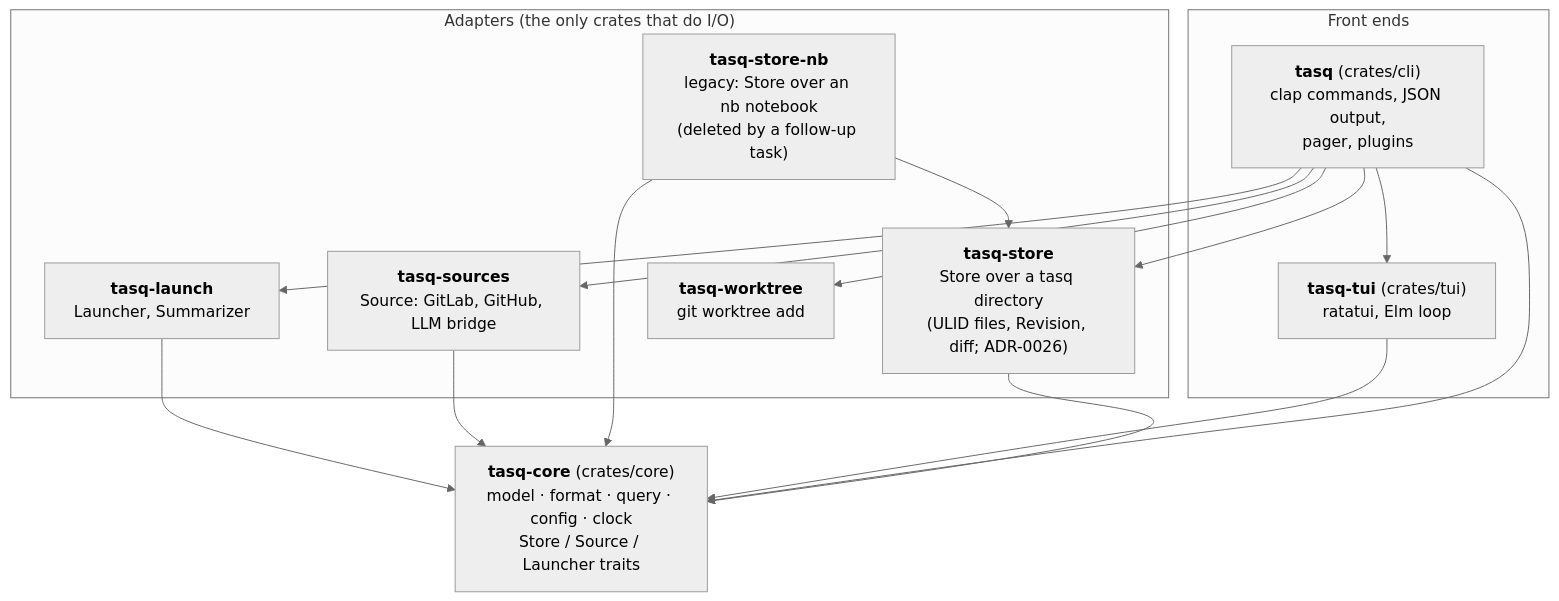
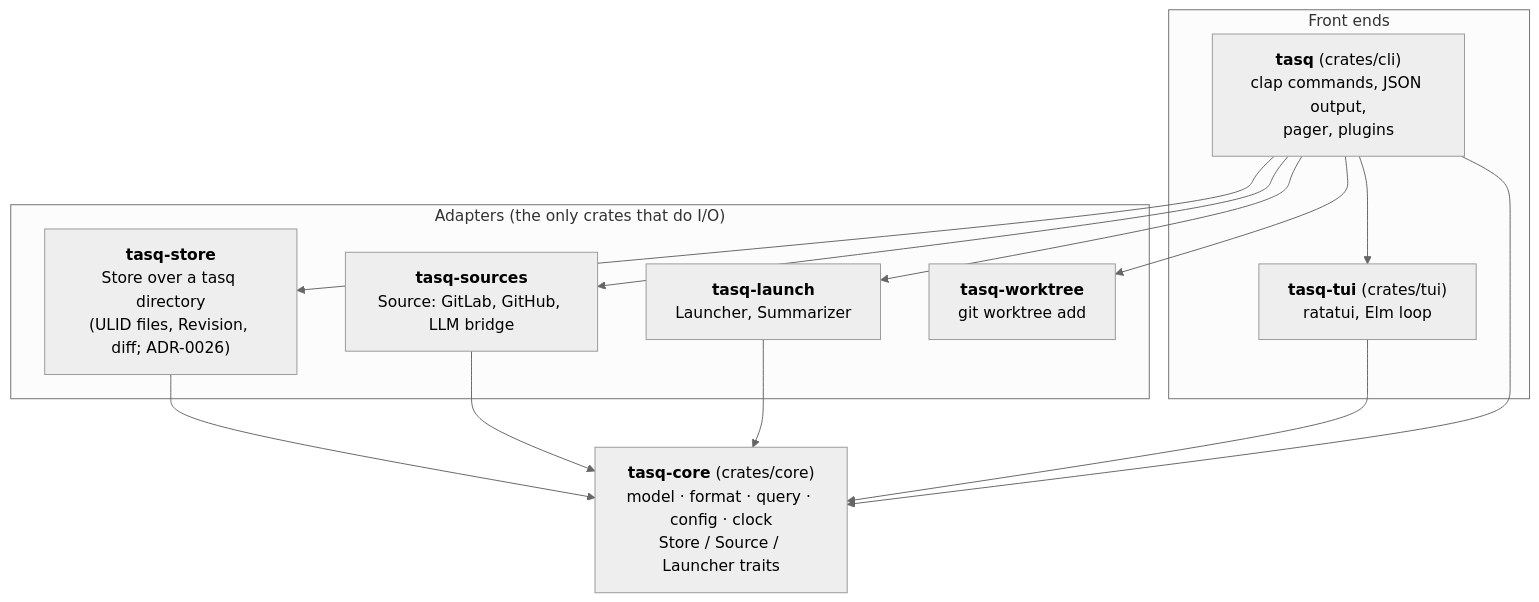
One commit to pauc/tasq changed the first of 7 diagrams in docs/architecture.md. Above: the diagram before and after it, drawn with Mermaid (neutral theme). The commit also changed other lines of this file and 11 other files, not shown here.

First line of the commit message:
docs: describe one task file format and one store (RN-006)

````diff
--- a/docs/architecture.md
+++ b/docs/architecture.md
@@ -11,30 +11,27 @@
 ```mermaid
 flowchart TB
     subgraph front["Front ends"]
         cli["<b>tasq</b> (crates/cli)<br/>clap commands, JSON output,<br/>pager, plugins"]
         tui["<b>tasq-tui</b> (crates/tui)<br/>ratatui, Elm loop"]
     end
 
     subgraph adapters["Adapters (the only crates that do I/O)"]
         tstore["<b>tasq-store</b><br/>Store over a tasq directory<br/>(ULID files, Revision, diff; ADR-0026)"]
-        store["<b>tasq-store-nb</b><br/>legacy: Store over an nb notebook<br/>(deleted by a follow-up task)"]
         sources["<b>tasq-sources</b><br/>Source: GitLab, GitHub, LLM bridge"]
         launch["<b>tasq-launch</b><br/>Launcher, Summarizer"]
         worktree["<b>tasq-worktree</b><br/>git worktree add"]
     end
 
     core["<b>tasq-core</b> (crates/core)<br/>model · format · query · config · clock<br/>Store / Source / Launcher traits"]
 
     cli --> tstore
-    store --> tstore
     tstore --> core
     cli --> sources
     cli --> launch
     cli --> worktree
     cli --> tui
     cli --> core
     tui --> core
-    store --> core
     sources --> core
     launch --> core
 ```
````
